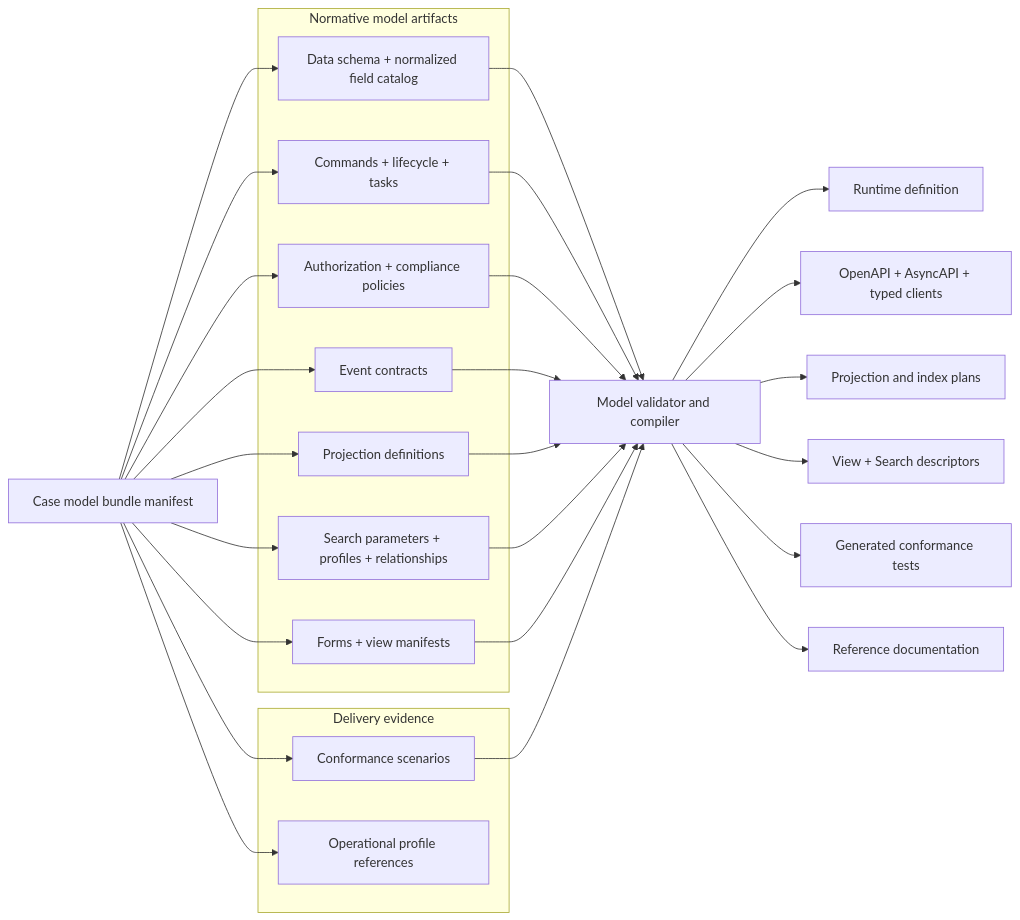
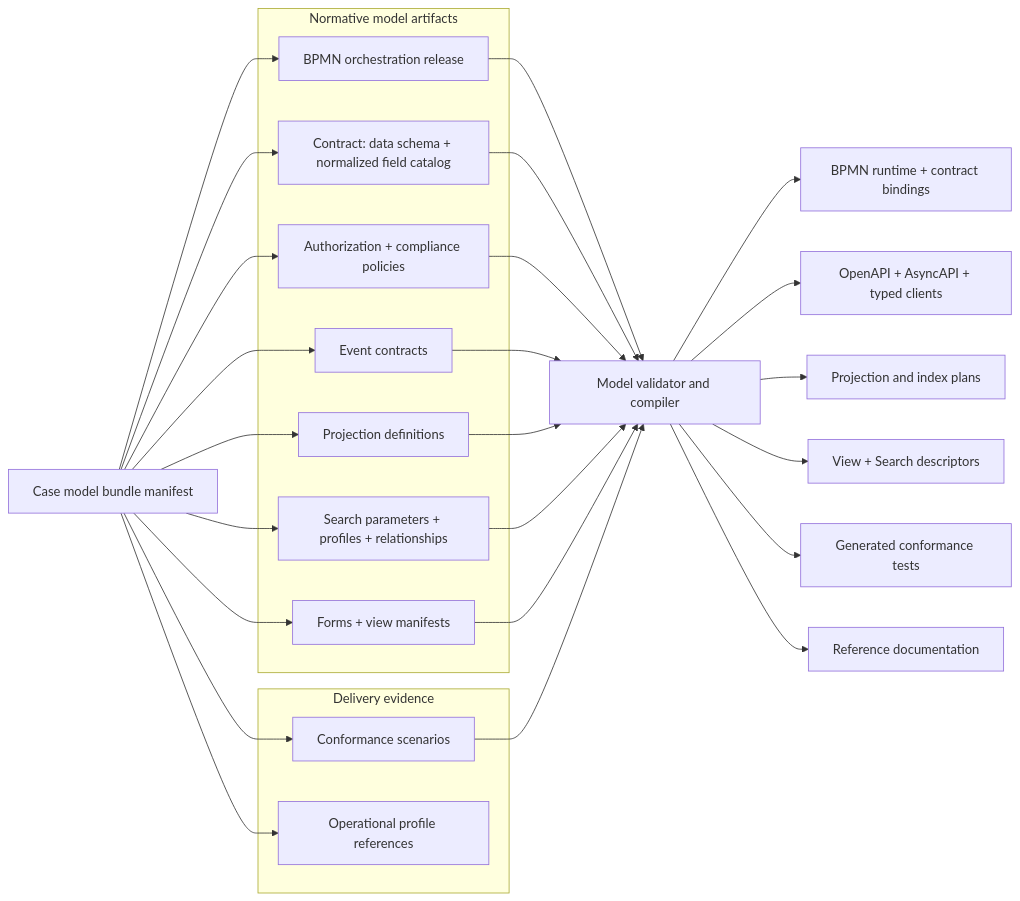
One commit to Ronrock/case-management-design changed the first of 2 diagrams in docs/declarative-case-model-architecture.md. Above: the diagram before and after it, drawn with Mermaid. The commit also changed other lines of this file and 4 other files, not shown here.

Commit message:
docs: align architecture with BPMN authority

````diff
--- a/docs/declarative-case-model-architecture.md
+++ b/docs/declarative-case-model-architecture.md
@@ -32,46 +33,46 @@
 ```mermaid
 flowchart LR
   manifest["Case model bundle manifest"]
 
   subgraph normative["Normative model artifacts"]
-    data["Data schema + normalized field catalog"]
-    behavior["Commands + lifecycle + tasks"]
+    orchestration["BPMN orchestration release"]
+    data["Contract: data schema + normalized field catalog"]
     policies["Authorization + compliance policies"]
     events["Event contracts"]
     projections["Projection definitions"]
     search["Search parameters + profiles + relationships"]
     views["Forms + view manifests"]
   end
 
   subgraph evidence["Delivery evidence"]
     tests["Conformance scenarios"]
     operations["Operational profile references"]
   end
 
+  manifest --> orchestration
   manifest --> data
-  manifest --> behavior
   manifest --> policies
   manifest --> events
   manifest --> projections
   manifest --> search
   manifest --> views
   manifest --> tests
   manifest --> operations
 
   compiler["Model validator and compiler"]
+  orchestration --> compiler
   data --> compiler
-  behavior --> compiler
   policies --> compiler
   events --> compiler
   projections --> compiler
   search --> compiler
   views --> compiler
   tests --> compiler
 
-  compiler --> runtime["Runtime definition"]
+  compiler --> runtime["BPMN runtime + contract bindings"]
   compiler --> contracts["OpenAPI + AsyncAPI + typed clients"]
   compiler --> physical["Projection and index plans"]
   compiler --> descriptors["View + Search descriptors"]
   compiler --> generatedTests["Generated conformance tests"]
   compiler --> docs["Reference documentation"]
 ```
````
